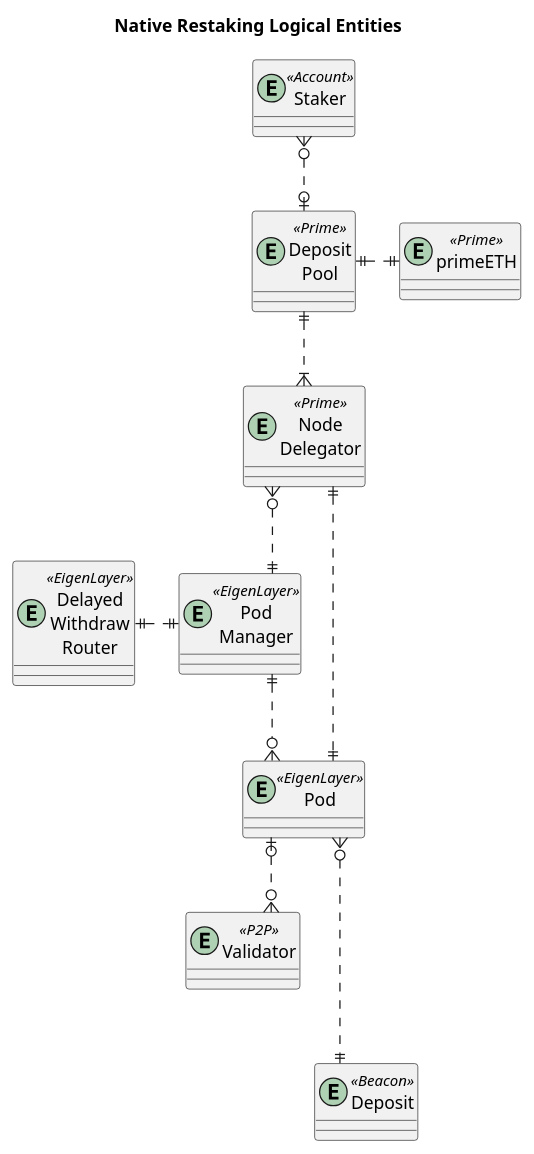
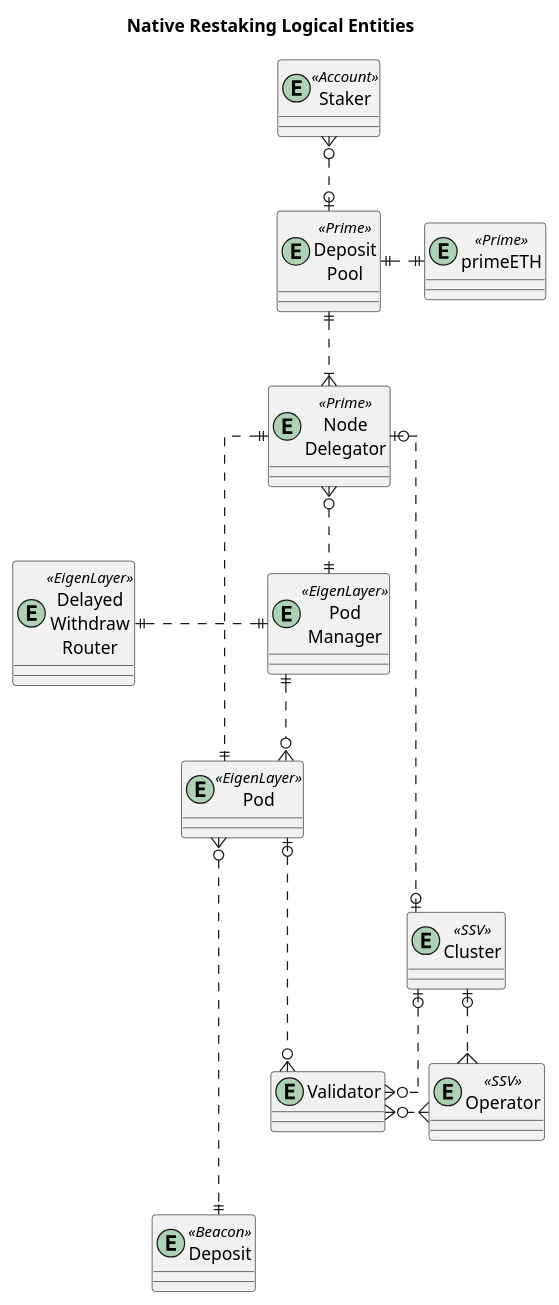
The diagram in docs/plantuml/nativeEntities.puml (oplabs/primestaked-eth), drawn with PlantUML before and after one commit. The commit also changed 1 other file, not shown here.

Commit message:
Added SSV entities to diagram

```diff
--- a/docs/plantuml/nativeEntities.puml
+++ b/docs/plantuml/nativeEntities.puml
@@ -1,61 +1,71 @@
 @startuml
 
 skinparam tabSize 2
 ' avoid problems with angled crows feet
 skinparam linetype ortho
 
 title "Native Restaking Logical Entities"
 
 entity "Staker" as staker <<Account>> {
 }
 
 entity "Deposit\nPool" as dep <<Prime>> {
 }
 
 entity "primeETH" as lp <<Prime>> {
 }
 
 entity "Node\nDelegator" as del <<Prime>> {
 }
 
 ' entity "Operator" as op <<P2P>> {
 ' }
 
 entity "Pod\nManager" as podMan <<EigenLayer>> {
 }
 
 entity "Pod" as pod <<EigenLayer>> {
 }
 
 ' entity "Slasher" as slash <<EigenLayer>> {
 ' }
 
-entity "Validator" as val <<P2P>> {
+entity "Validator" as val {
 }
 
 entity "Deposit" as bdep <<Beacon>> {
 }
 entity "Delayed\nWithdraw\nRouter" as withdraw <<EigenLayer>> {
 }
 
+entity "Cluster" as cluster <<SSV>> {
+}
 
+entity "Operator" as ssvOp <<SSV>> {
+}
 
 staker }o..o| dep
 
 dep ||.|| lp
 dep ||..|{ del
 
 del }o..|| podMan
 podMan ||..o{ pod
 ' podMan ||.|| withdraw
 withdraw ||.|| podMan
 ' slash ||.|| podMan
 
 del ||...|| pod
 
 pod |o..o{ val
 
-pod }o...|| bdep
+pod }o....|| bdep
 ' withdraw ||..o{ pod
 
+del |o....o| cluster
+cluster |o..{ ssvOp
+cluster |o..o{ val
+' ssvOp |o.|o{val
+val }o.{ ssvOp
+
 @enduml
```
